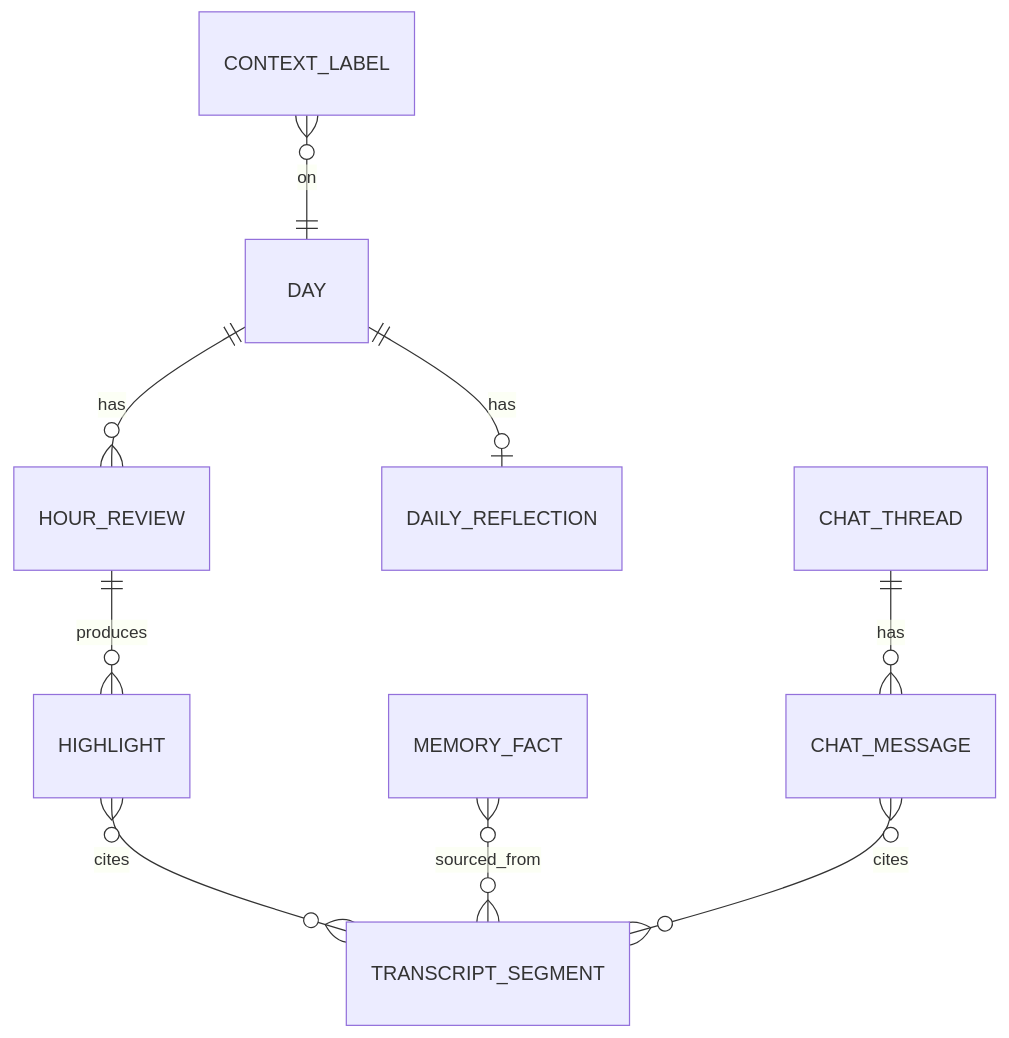
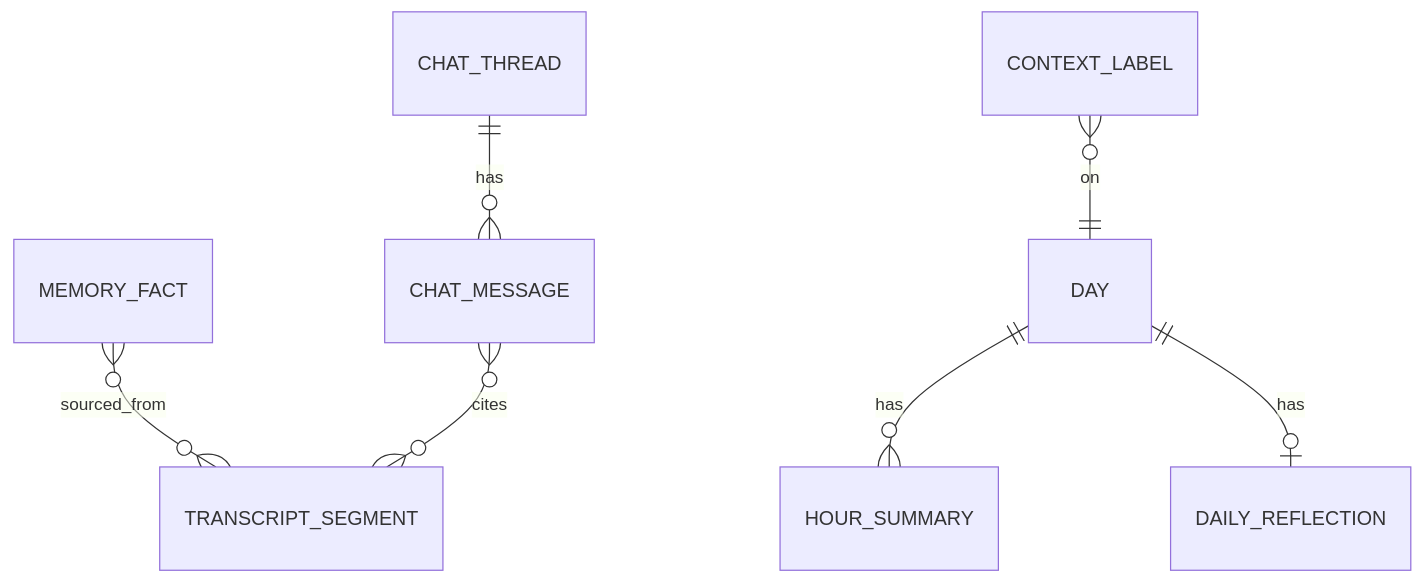
Before and after one commit to Soichiro5/watch-audio: the third of 3 diagrams in docs/architecture/02-architecture.md, drawn with Mermaid. The commit also changed other lines of this file and 1 other file, not shown here.

First line of the commit message:
docs: hour summaries in the architecture and phone UI docs (#27)

````diff
--- a/docs/architecture/02-architecture.md
+++ b/docs/architecture/02-architecture.md
@@ -144,11 +150,9 @@
 ```mermaid
 erDiagram
-  HOUR_REVIEW ||--o{ HIGHLIGHT : produces
-  HIGHLIGHT }o--o{ TRANSCRIPT_SEGMENT : cites
-  DAY ||--o{ HOUR_REVIEW : has
+  DAY ||--o{ HOUR_SUMMARY : has
   DAY ||--o| DAILY_REFLECTION : has
   MEMORY_FACT }o--o{ TRANSCRIPT_SEGMENT : sourced_from
   CHAT_THREAD ||--o{ CHAT_MESSAGE : has
   CHAT_MESSAGE }o--o{ TRANSCRIPT_SEGMENT : cites
   CONTEXT_LABEL }o--|| DAY : on
 ```
````
